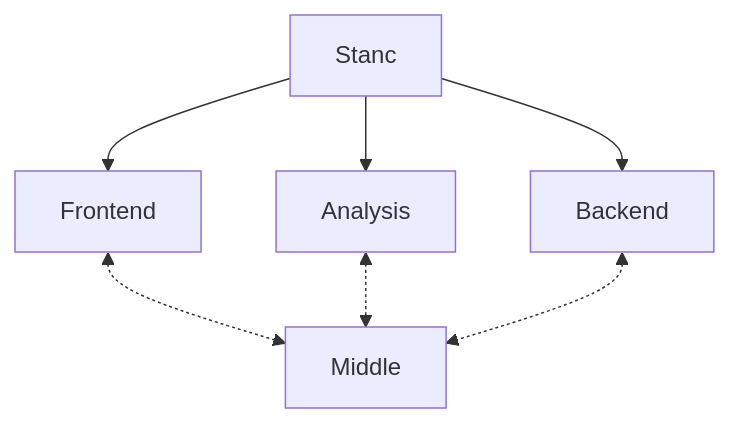
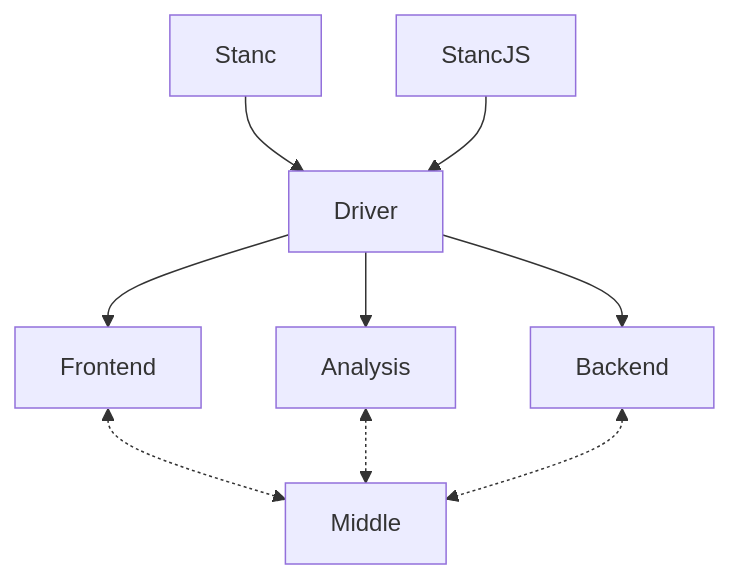
One commit to stan-dev/stanc3 changed the first of 2 diagrams in README.md. Above: the diagram before and after it, drawn with Mermaid. The commit also changed 20 other files, not shown here.

Commit message:
Port stanc.exe and stanc.js to the new Driver module

````diff
--- a/README.md
+++ b/README.md
@@ -22,4 +22,4 @@
 ```mermaid
 flowchart
-    Stanc --> Frontend & Analysis & Backend <-.-> Middle
+   Stanc & StancJS --> Driver --> Frontend & Analysis & Backend <-.-> Middle
 ```
````
